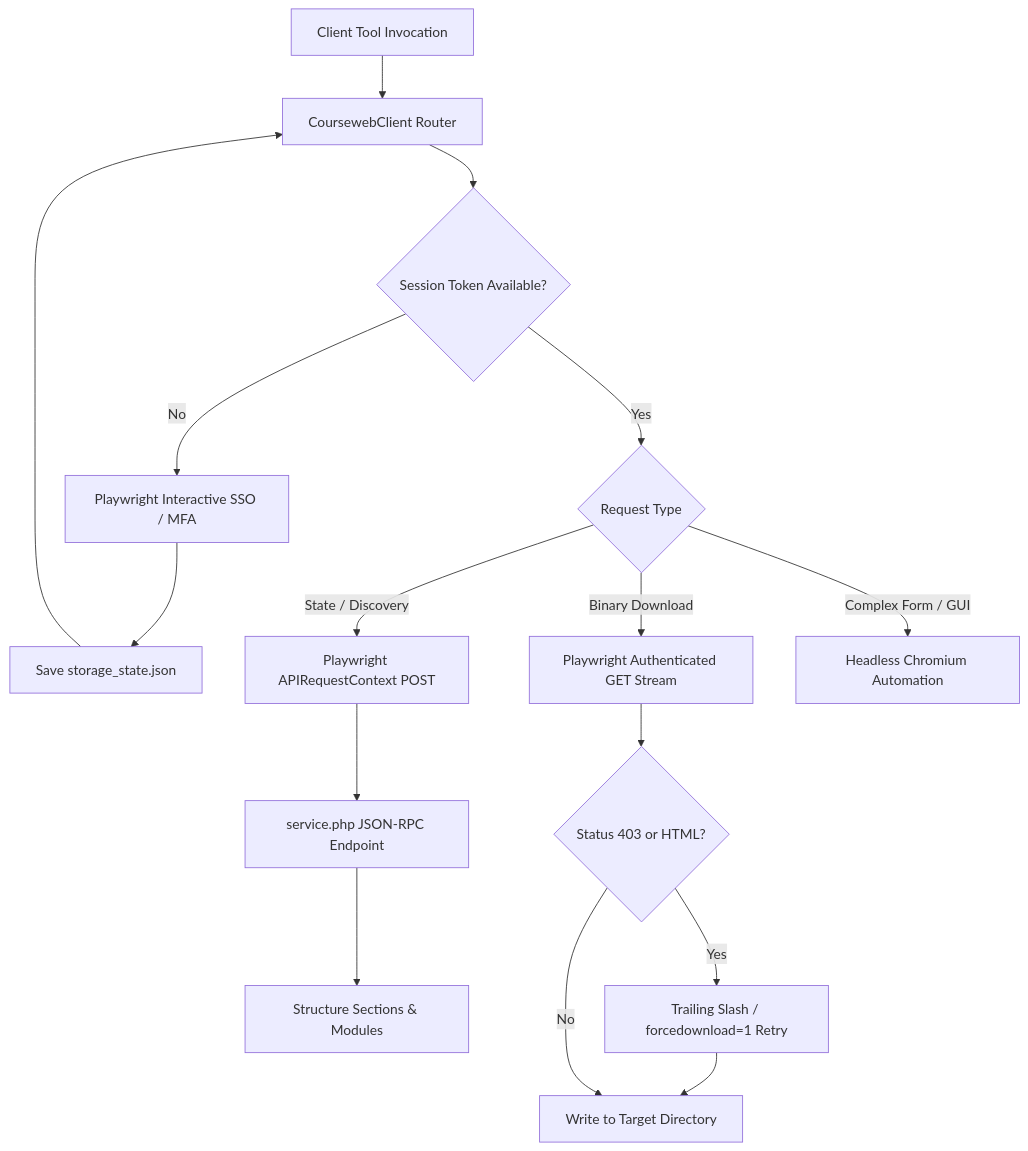
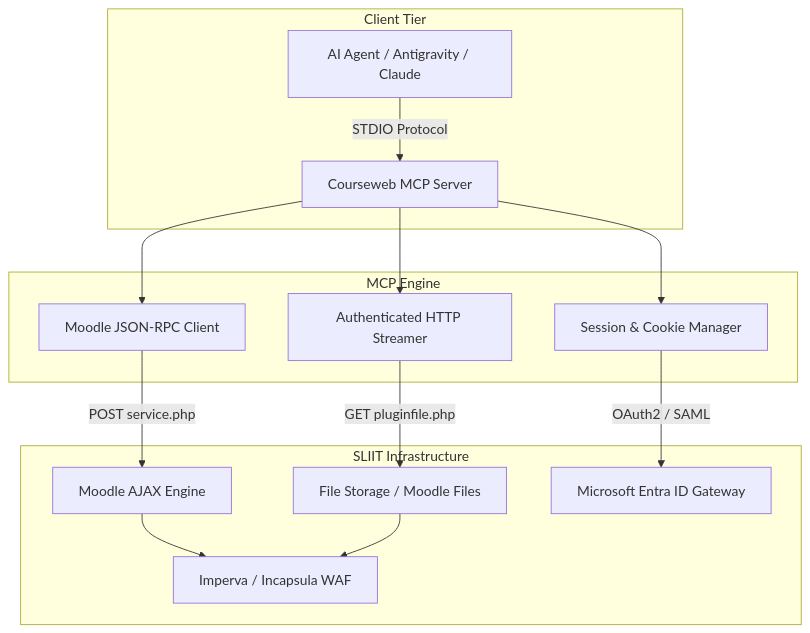
Before and after one commit to kesaruhasun/mcp-sliit-courseweb: the first of 2 diagrams in wiki/Moodle-Architecture-and-RPC.md, drawn with Mermaid. The commit also changed other lines of this file and 5 other files, not shown here.

````diff
--- a/wiki/Moodle-Architecture-and-RPC.md
+++ b/wiki/Moodle-Architecture-and-RPC.md
@@ -71,18 +9,20 @@
 ```mermaid
 graph TD
-    UserReq[Client Tool Invocation] --> Router[CoursewebClient Router]
-    Router --> CheckState{Session Token Available?}
-    CheckState -->|No| HeadlessAuth[Playwright Interactive SSO / MFA]
-    HeadlessAuth --> SaveCookie[Save storage_state.json]
-    SaveCookie --> Router
-    CheckState -->|Yes| RequestType{Request Type}
-    RequestType -->|State / Discovery| RPCStream[Playwright APIRequestContext POST]
-    RPCStream --> MoodleRPC[service.php JSON-RPC Endpoint]
-    MoodleRPC --> ParseJSON[Structure Sections & Modules]
-    RequestType -->|Binary Download| DirectStream[Playwright Authenticated GET Stream]
-    DirectStream --> WAFCheck{Status 403 or HTML?}
-    WAFCheck -->|Yes| BypassWAF[Trailing Slash / forcedownload=1 Retry]
-    BypassWAF --> DiskWrite[Write to Target Directory]
-    WAFCheck -->|No| DiskWrite
-    RequestType -->|Complex Form / GUI| FallbackBrowser[Headless Chromium Automation]
+    subgraph Client Tier
+        Agent[AI Agent / Antigravity / Claude] -->|STDIO Protocol| Server[Courseweb MCP Server]
+    end
+
+    subgraph MCP Engine
+        Server --> AuthManager[Session & Cookie Manager]
+        Server --> RPCClient[Moodle JSON-RPC Client]
+        Server --> StreamClient[Authenticated HTTP Streamer]
+    end
+
+    subgraph SLIIT Infrastructure
+        RPCClient -->|POST service.php| MoodleRPC[Moodle AJAX Engine]
+        StreamClient -->|GET pluginfile.php| ContentRepo[File Storage / Moodle Files]
+        AuthManager -->|OAuth2 / SAML| MicrosoftSSO[Microsoft Entra ID Gateway]
+        MoodleRPC --> WAF[Imperva / Incapsula WAF]
+        ContentRepo --> WAF
+    end
 ```
````
